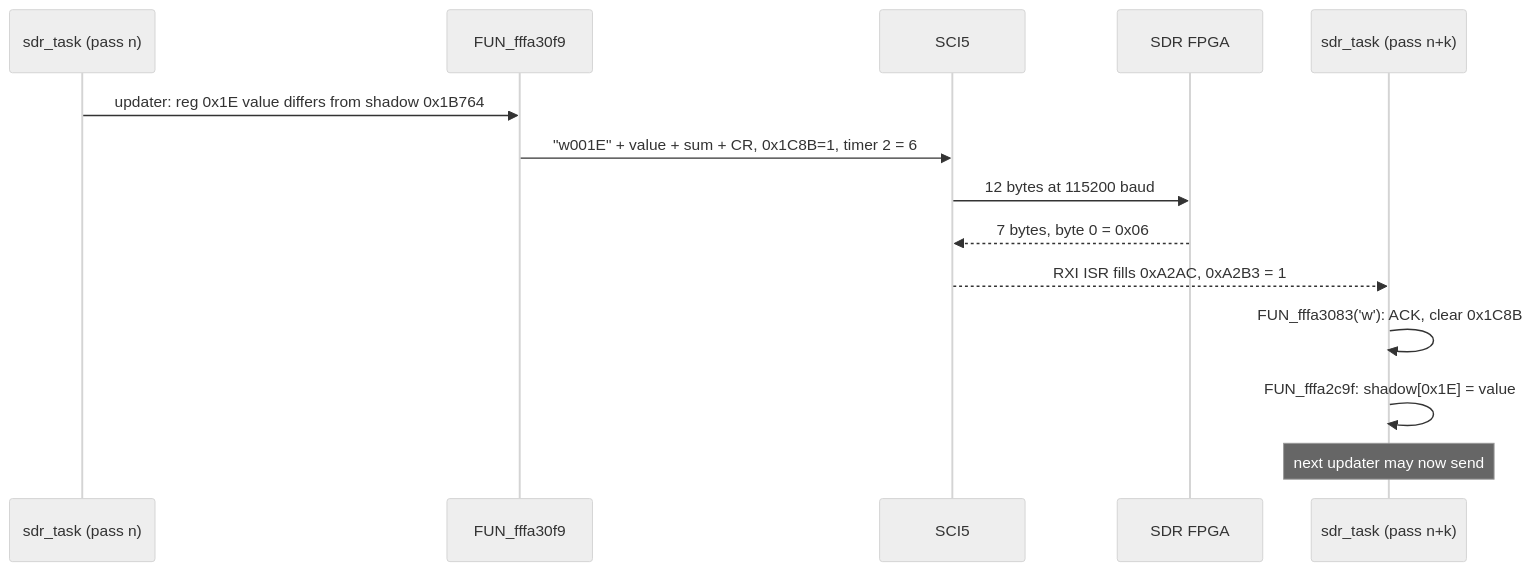
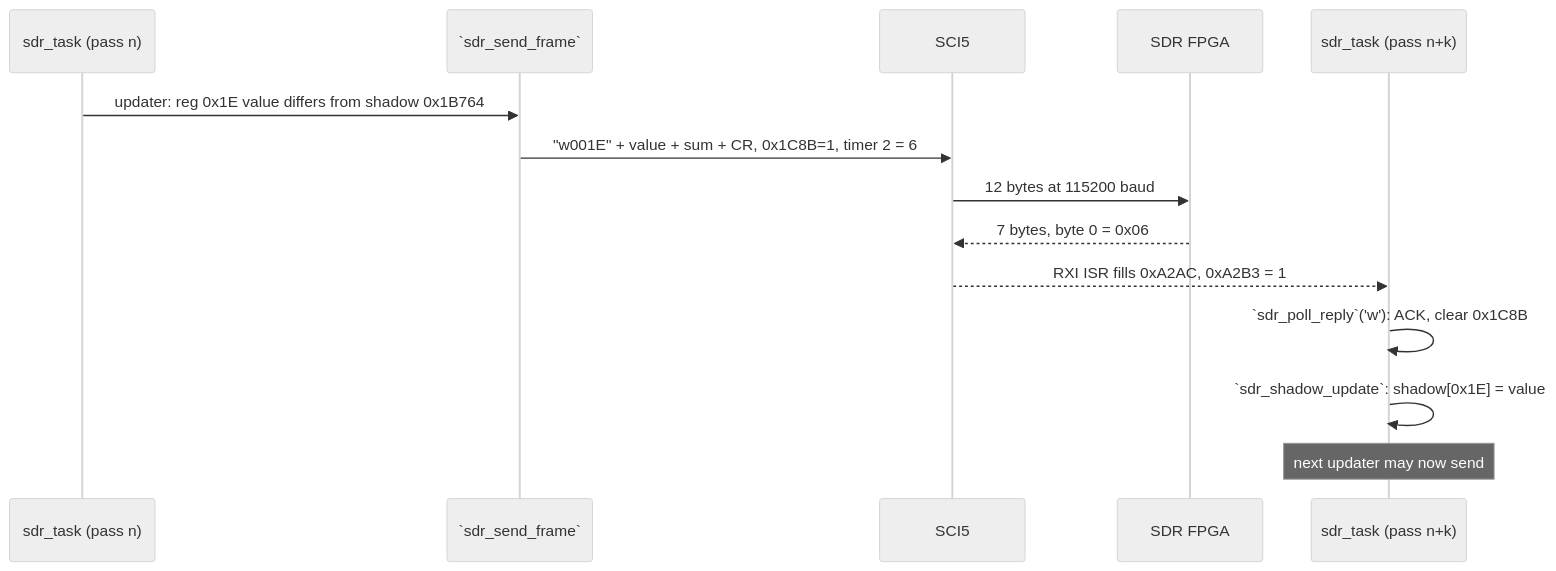
Before and after one commit to Reid-n0rc/FT-710_Firmware: the second of 5 diagrams in docs/code/main/sdr-link.md, drawn with Mermaid (neutral theme). The commit also changed other lines of this file and 29 other files, not shown here.

````diff
--- a/docs/code/main/sdr-link.md
+++ b/docs/code/main/sdr-link.md
@@ -125,16 +124,16 @@
 ```mermaid
 sequenceDiagram
   participant T as sdr_task (pass n)
-  participant F as FUN_fffa30f9
+  participant F as `sdr_send_frame`
   participant U as SCI5
   participant S as SDR FPGA
   participant T2 as sdr_task (pass n+k)
   T->>F: updater: reg 0x1E value differs from shadow 0x1B764
   F->>U: "w001E" + value + sum + CR, 0x1C8B=1, timer 2 = 6
   U->>S: 12 bytes at 115200 baud
   S-->>U: 7 bytes, byte 0 = 0x06
   U-->>T2: RXI ISR fills 0xA2AC, 0xA2B3 = 1
-  T2->>T2: FUN_fffa3083('w'): ACK, clear 0x1C8B
-  T2->>T2: FUN_fffa2c9f: shadow[0x1E] = value
+  T2->>T2: `sdr_poll_reply`('w'): ACK, clear 0x1C8B
+  T2->>T2: `sdr_shadow_update`: shadow[0x1E] = value
   Note over T2: next updater may now send
 ```
````
